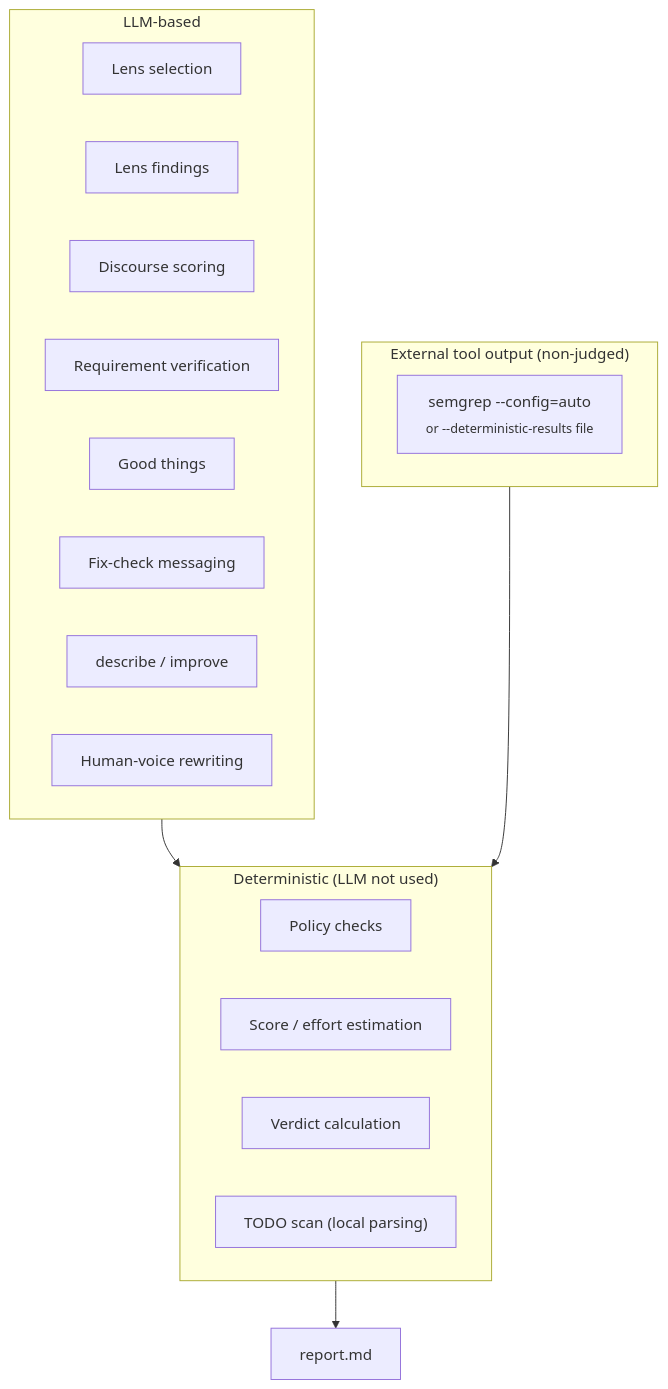
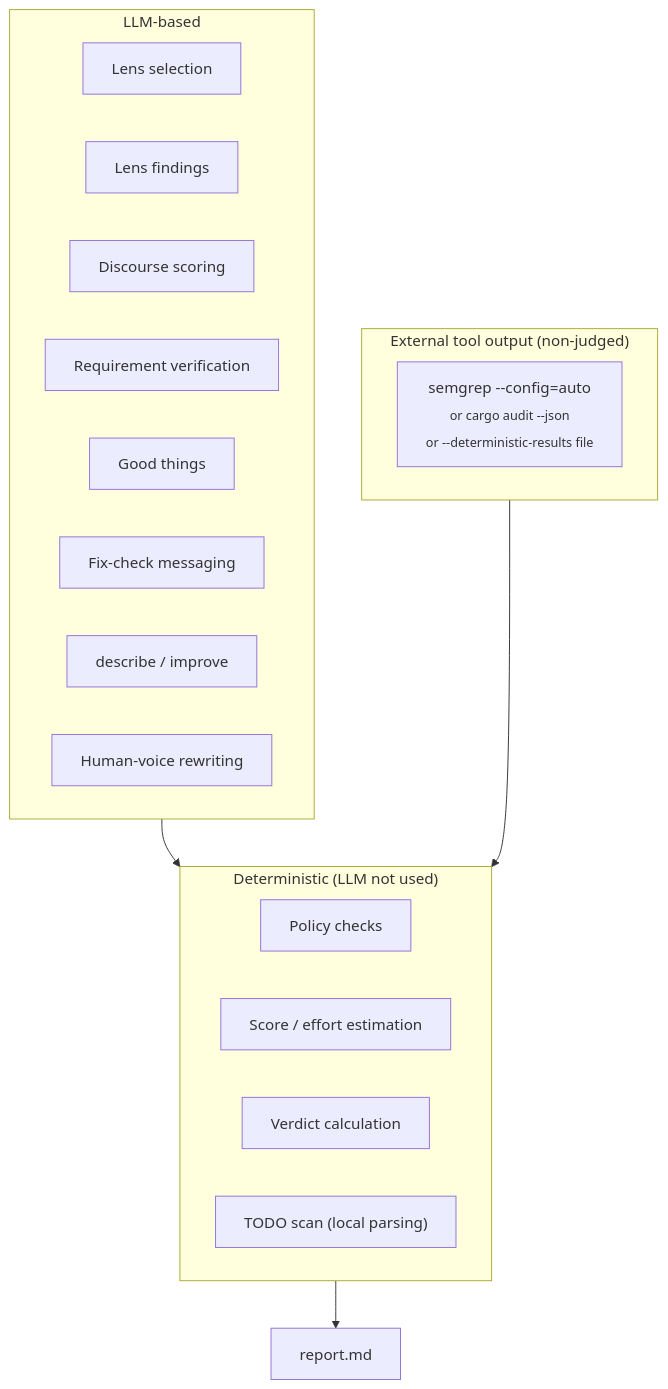
The fifth of 6 diagrams in README.md (Loop-Suite/Code-Review-Loop), drawn with Mermaid before and after one commit. The commit also changed other lines of this file and 11 other files, not shown here.

````diff
--- a/README.md
+++ b/README.md
@@ -297,25 +313,25 @@
 ```mermaid
 flowchart TD
     subgraph det["Deterministic (LLM not used)"]
         policy2["Policy checks"]
         score2["Score / effort estimation"]
         verdict2["Verdict calculation"]
         todo2["TODO scan (local parsing)"]
     end
     subgraph llm["LLM-based"]
         lensSel["Lens selection"]
         lensFind["Lens findings"]
         discScore["Discourse scoring"]
         reqVerify["Requirement verification"]
         good2["Good things"]
         fixMsg["Fix-check messaging"]
         di["describe / improve"]
         voice2["Human-voice rewriting"]
     end
     subgraph ext["External tool output (non-judged)"]
-        semgrep2["semgrep --config=auto<br/><sub>or --deterministic-results file</sub>"]
+        semgrep2["semgrep --config=auto<br/><sub>or cargo audit --json<br/>or --deterministic-results file</sub>"]
     end
     llm --> det
     ext --> det
     det --> reportOut["report.md"]
 ```
````
